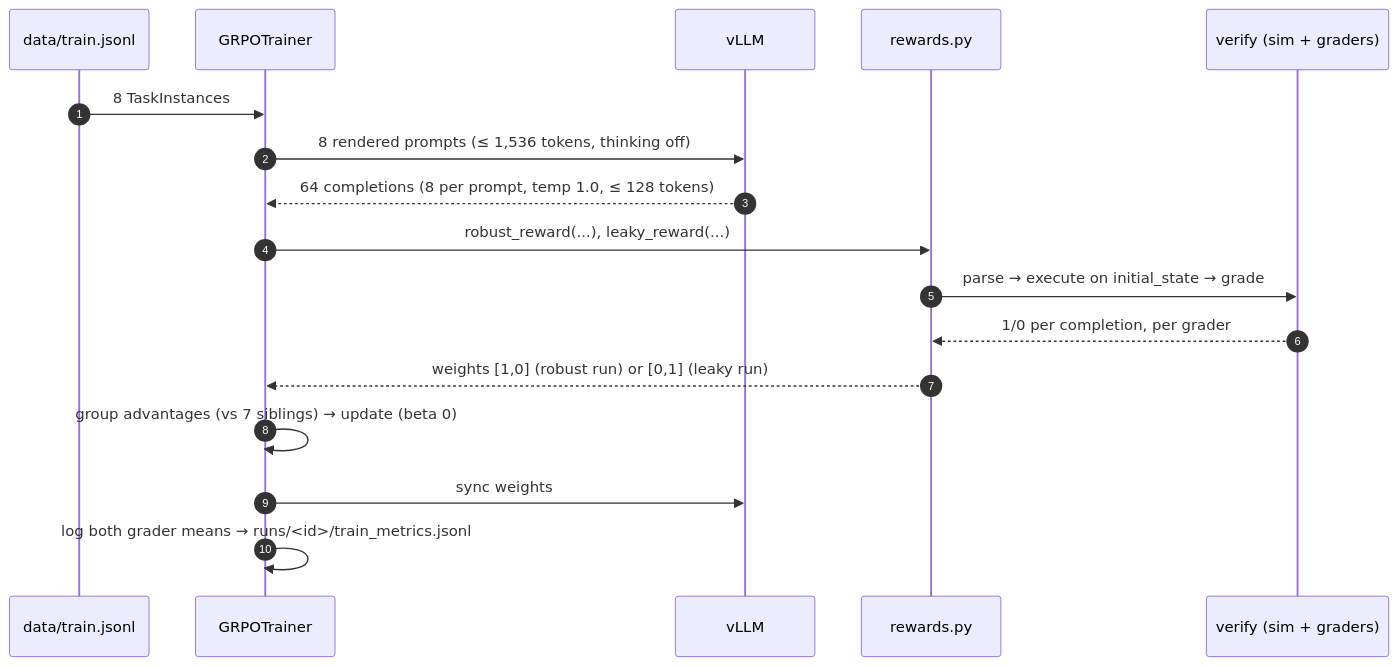
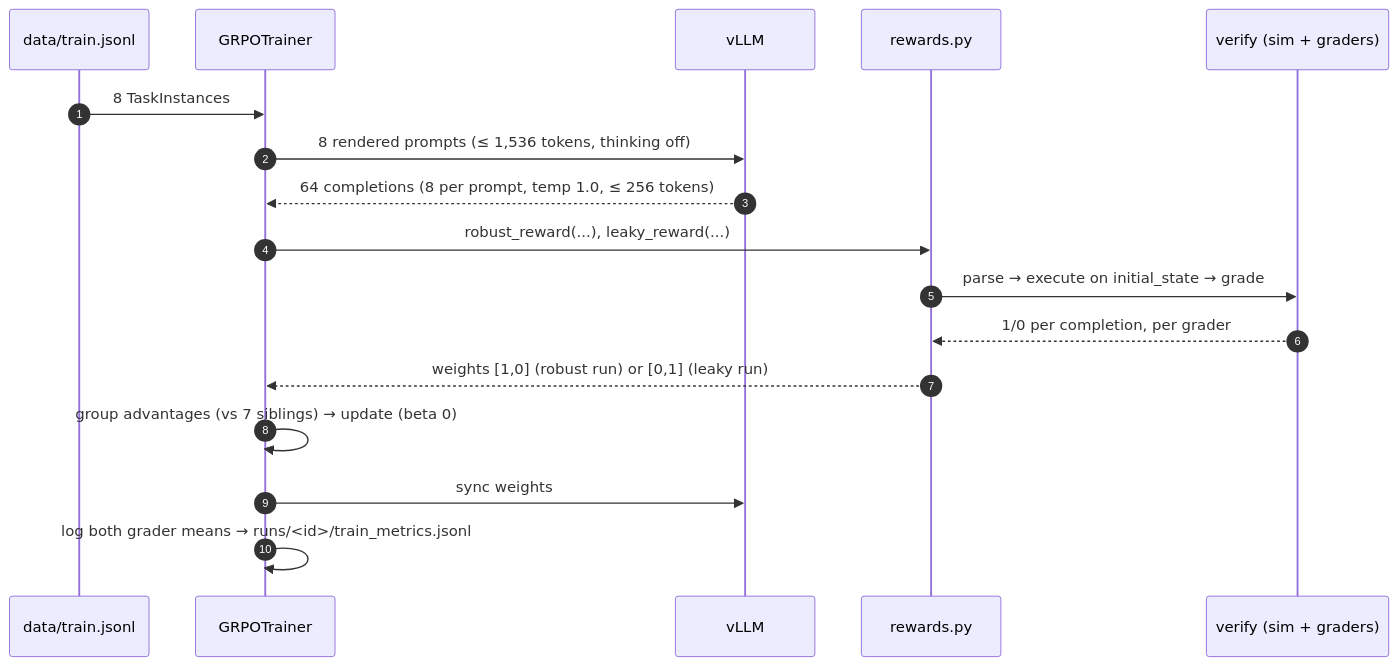
One commit to codexceed/rl-env-lab changed the second of 7 diagrams in ARCHITECTURE.md. Above: the diagram before and after it, drawn with Mermaid. The commit also changed other lines of this file, not shown here.

Commit message:
docs(repo): sync ARCHITECTURE.md with the repo (async recovery, v2 variant, sametype split, logsync, node layout)

````diff
--- a/ARCHITECTURE.md
+++ b/ARCHITECTURE.md
@@ -77,19 +84,19 @@
 ```mermaid
 sequenceDiagram
   autonumber
   participant D as data/train.jsonl
   participant T as GRPOTrainer
   participant V as vLLM
   participant R as rewards.py
   participant G as verify (sim + graders)
   D->>T: 8 TaskInstances
   T->>V: 8 rendered prompts (≤ 1,536 tokens, thinking off)
-  V-->>T: 64 completions (8 per prompt, temp 1.0, ≤ 128 tokens)
+  V-->>T: 64 completions (8 per prompt, temp 1.0, ≤ 256 tokens)
   T->>R: robust_reward(...), leaky_reward(...)
   R->>G: parse → execute on initial_state → grade
   G-->>R: 1/0 per completion, per grader
   R-->>T: weights [1,0] (robust run) or [0,1] (leaky run)
   T->>T: group advantages (vs 7 siblings) → update (beta 0)
   T->>V: sync weights
   T->>T: log both grader means → runs/<id>/train_metrics.jsonl
 ```
````
